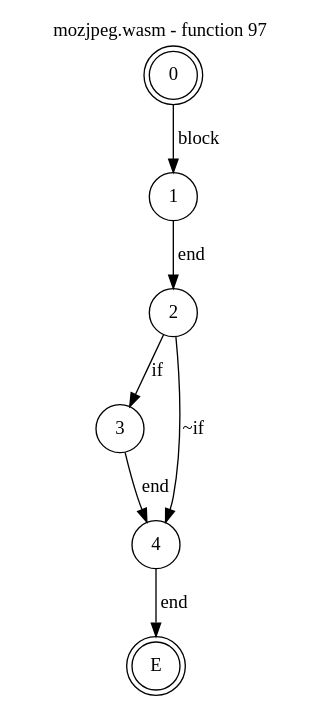
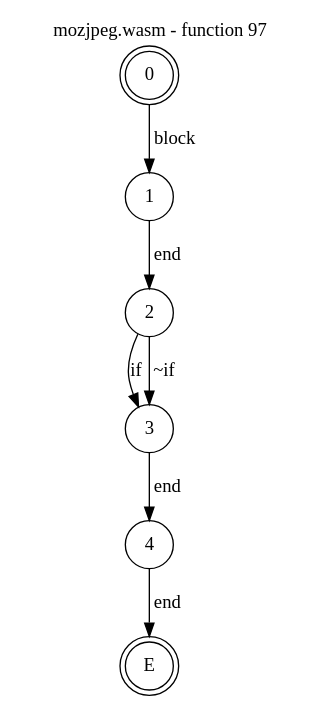
Before and after one commit to jsCarleton/wanalyze: the diagram in test_cases/mozjpeg/funcs/mozjpeg-func97.dot, drawn with Graphviz. The commit also changed 581 other files, not shown here.

```diff
--- a/test_cases/mozjpeg/funcs/mozjpeg-func97.dot
+++ b/test_cases/mozjpeg/funcs/mozjpeg-func97.dot
@@ -1,15 +1,15 @@
 digraph finite_state_machine {
     label = "mozjpeg.wasm - function 97"
     labelloc =  t
     labelfontsize = 16
     labelfontcolor = black
     labelfontname = "Helvetica"
     node [shape = doublecircle]; 0 E ;
     node [shape = circle];
     0 -> 1[label="block"];
     1 -> 2[label="end"];
     2 -> 3[label="if"];
-    2 -> 4[label="~if"];
+    2 -> 3[label="~if"];
     3 -> 4[label="end"];
     4 -> E[label="end"];
 }
```
